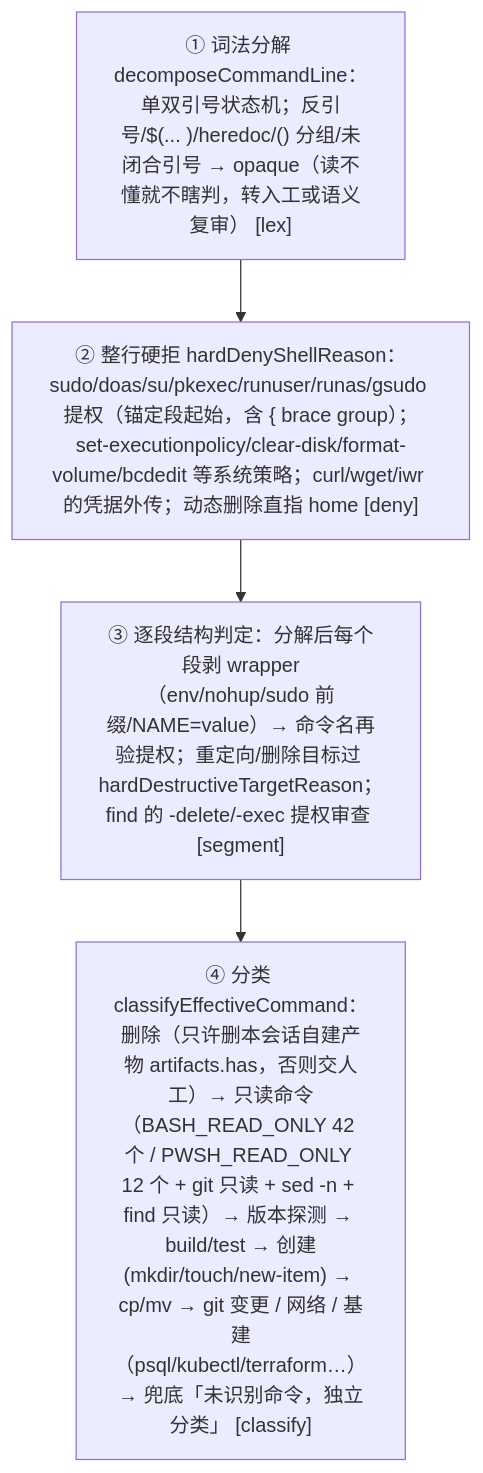
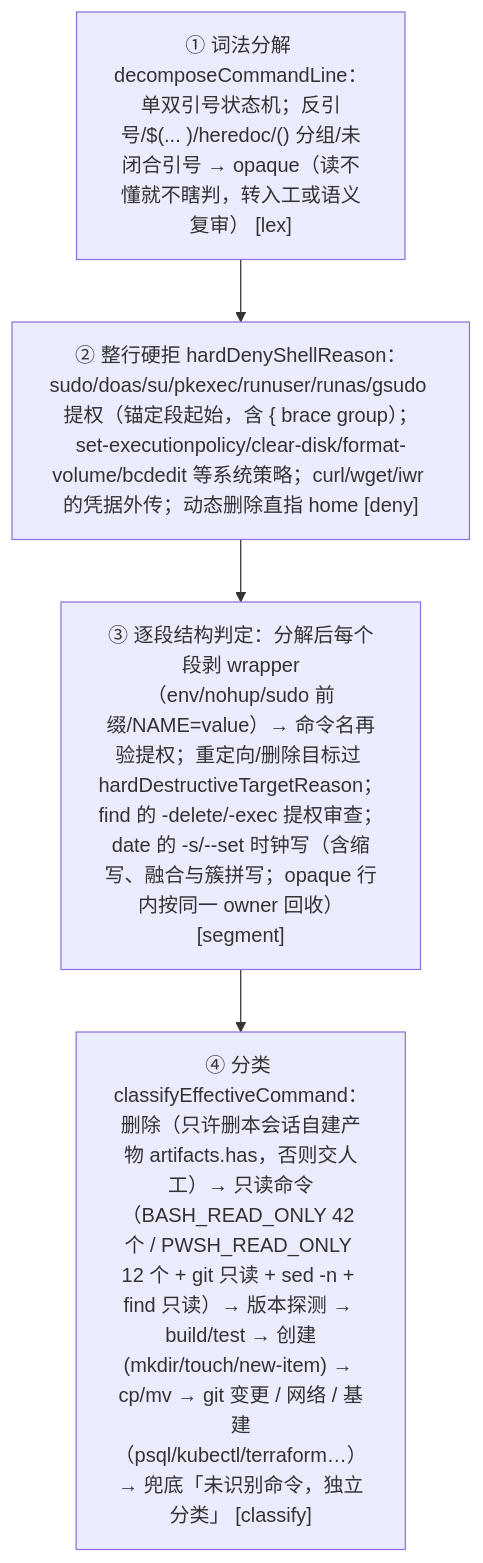
The second of 3 diagrams in docs/03-static-engine.md (cuddly-guacamole/dsh-auto-approval-llm), drawn with Mermaid before and after one commit. The commit also changed other lines of this file and 4 other files, not shown here.

````diff
--- a/docs/03-static-engine.md
+++ b/docs/03-static-engine.md
@@ -92,7 +92,7 @@
 ```mermaid
 flowchart TD
     B1["① 词法分解 decomposeCommandLine：单双引号状态机；反引号/$(... )/heredoc/() 分组/未闭合引号 → opaque（读不懂就不瞎判，转入工或语义复审） [lex]"]
     B1 --> B2["② 整行硬拒 hardDenyShellReason：sudo/doas/su/pkexec/runuser/runas/gsudo 提权（锚定段起始，含 { brace group）；set-executionpolicy/clear-disk/format-volume/bcdedit 等系统策略；curl/wget/iwr 的凭据外传；动态删除直指 home [deny]"]
-    B2 --> B3["③ 逐段结构判定：分解后每个段剥 wrapper（env/nohup/sudo 前缀/NAME=value）→ 命令名再验提权；重定向/删除目标过 hardDestructiveTargetReason；find 的 -delete/-exec 提权审查 [segment]"]
+    B2 --> B3["③ 逐段结构判定：分解后每个段剥 wrapper（env/nohup/sudo 前缀/NAME=value）→ 命令名再验提权；重定向/删除目标过 hardDestructiveTargetReason；find 的 -delete/-exec 提权审查；date 的 -s/--set 时钟写（含缩写、融合与簇拼写；opaque 行内按同一 owner 回收）[segment]"]
     B3 --> B4["④ 分类 classifyEffectiveCommand：删除（只许删本会话自建产物 artifacts.has，否则交人工）→ 只读命令（BASH_READ_ONLY 42 个 / PWSH_READ_ONLY 12 个 + git 只读 + sed -n + find 只读）→ 版本探测 → build/test → 创建(mkdir/touch/new-item) → cp/mv → git 变更 / 网络 / 基建（psql/kubectl/terraform…）→ 兜底「未识别命令，独立分类」 [classify]"]
 ```
````
